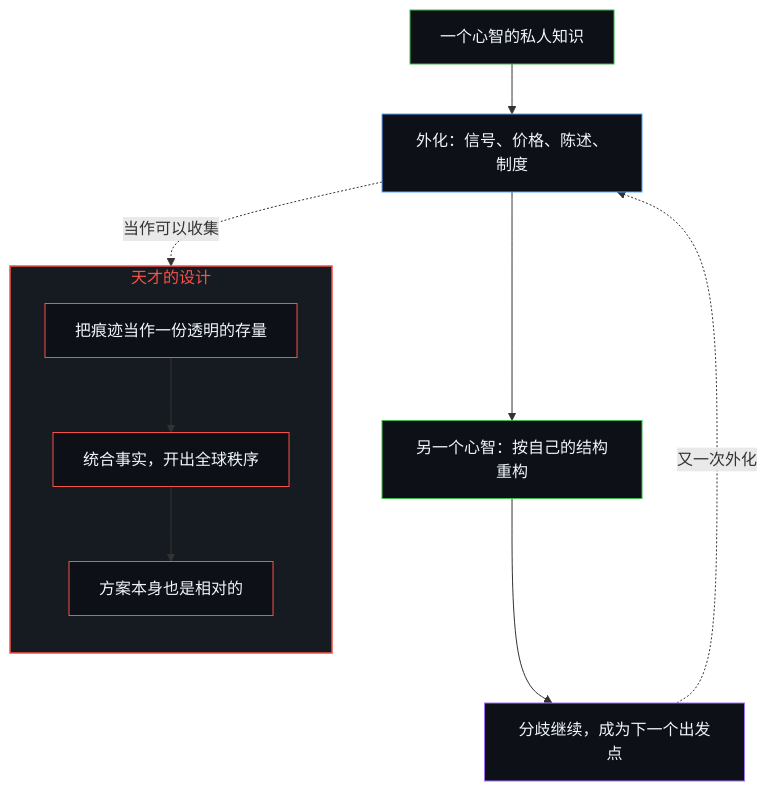
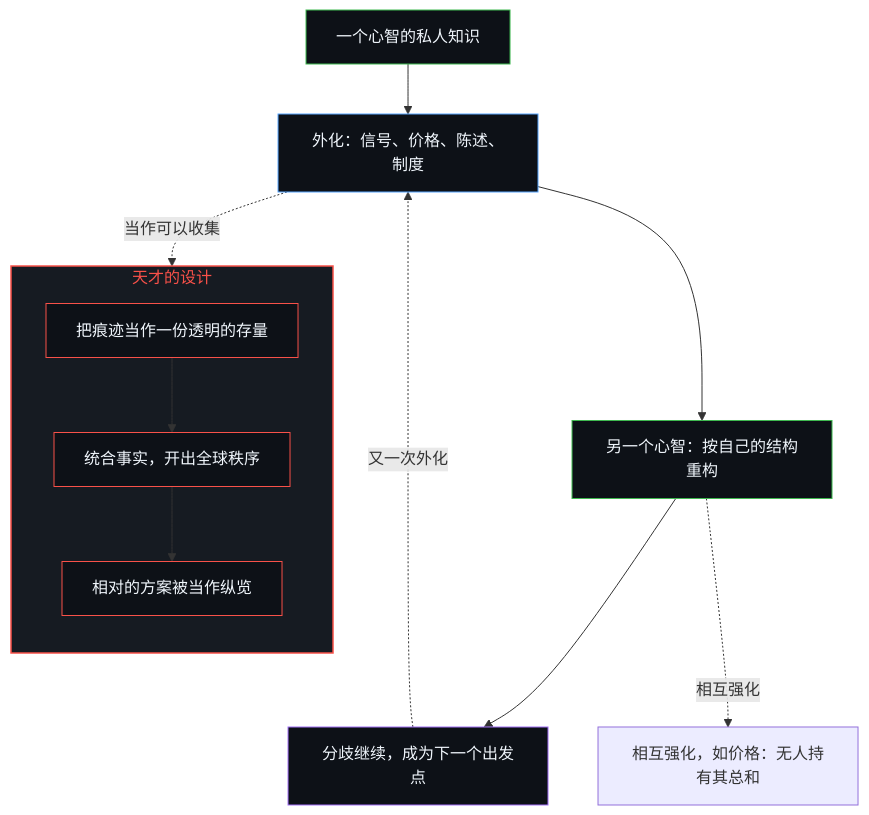
Before and after one commit to powerpig99/not-a-toe: the first of 2 diagrams in content/posts/no-genius-can-solve-the-knowledge-problem.md, drawn with Mermaid. The commit also changed other lines of this file and 1 other file, not shown here.

````diff
--- a/content/posts/no-genius-can-solve-the-knowledge-problem.md
+++ b/content/posts/no-genius-can-solve-the-knowledge-problem.md
@@ -25,24 +25,26 @@
 ```mermaid
 flowchart TD
     A["一个心智的私人知识"]
     X["外化：信号、价格、陈述、制度"]
     B["另一个心智：按自己的结构重构"]
     D["分歧继续，成为下一个出发点"]
+    RS["相互强化，如价格：无人持有其总和"]
     subgraph S_G["天才的设计"]
         direction TB
         G1["把痕迹当作一份透明的存量"]
         G2["统合事实，开出全球秩序"]
-        G3["方案本身也是相对的"]
+        G3["相对的方案被当作纵览"]
     end
     A --> X --> B --> D
     D -.->|"又一次外化"| X
+    B -.->|"相互强化"| RS
     X -.->|"当作可以收集"| G1 --> G2 --> G3
     style S_G fill:#161b22,stroke:#f85149,stroke-width:1.5px,color:#f85149
     style A fill:#0d1117,stroke:#3fb950,stroke-width:1px,color:#f0f6fc
     style X fill:#0d1117,stroke:#58a6ff,stroke-width:1px,color:#f0f6fc
     style B fill:#0d1117,stroke:#3fb950,stroke-width:1px,color:#f0f6fc
     style D fill:#0d1117,stroke:#a371f7,stroke-width:1px,color:#f0f6fc
     style G1 fill:#0d1117,stroke:#f85149,stroke-width:1px,color:#f0f6fc
     style G2 fill:#0d1117,stroke:#f85149,stroke-width:1px,color:#f0f6fc
     style G3 fill:#0d1117,stroke:#f85149,stroke-width:1px,color:#f0f6fc
 ```
````
